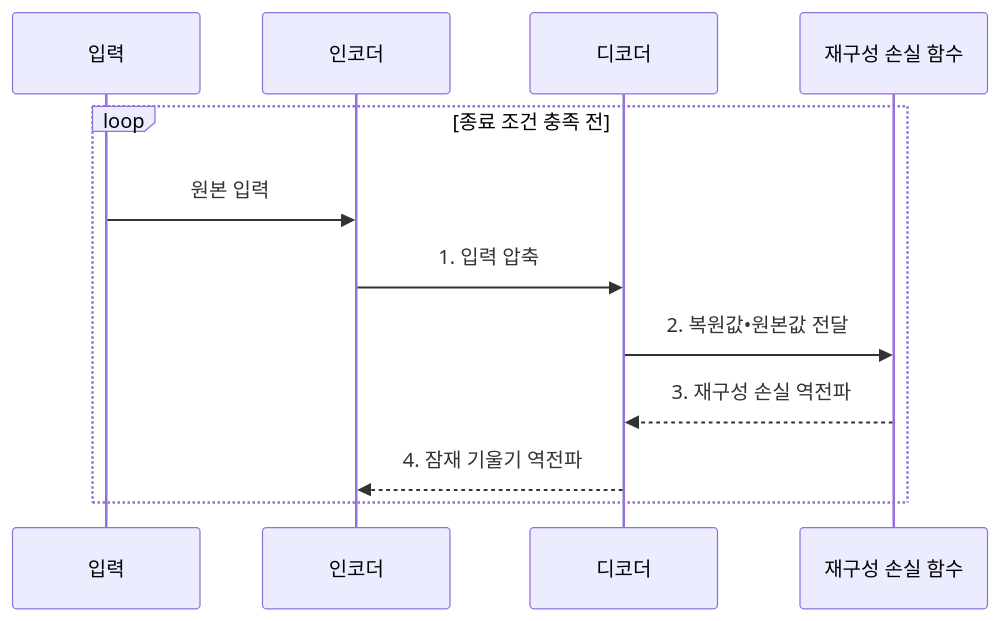
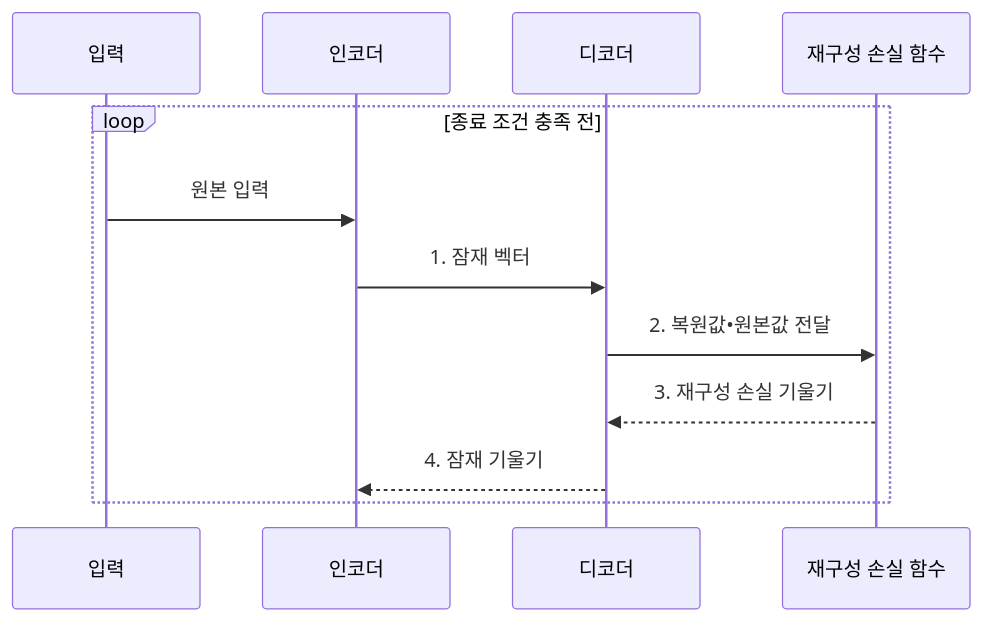
Before and after one commit to agnusdei1207/knowledge-base: the second of 2 diagrams in src/content/docs/notes/01-basic-theory/045_autoencoder.md, drawn with Mermaid. The commit also changed other lines of this file and 17 other files, not shown here.

````diff
--- a/src/content/docs/notes/01-basic-theory/045_autoencoder.md
+++ b/src/content/docs/notes/01-basic-theory/045_autoencoder.md
@@ -87,14 +90,14 @@
 ```mermaid
 sequenceDiagram
     participant I as 입력
     participant E as 인코더
     participant D as 디코더
     participant L as 재구성 손실 함수
     loop 종료 조건 충족 전
         I->>E: 원본 입력
-        E->>D: 1. 입력 압축
+        E->>D: 1. 잠재 벡터
         D->>L: 2. 복원값•원본값 전달
-        L-->>D: 3. 재구성 손실 역전파
-        D-->>E: 4. 잠재 기울기 역전파
+        L-->>D: 3. 재구성 손실 기울기
+        D-->>E: 4. 잠재 기울기
     end
 ```
````
